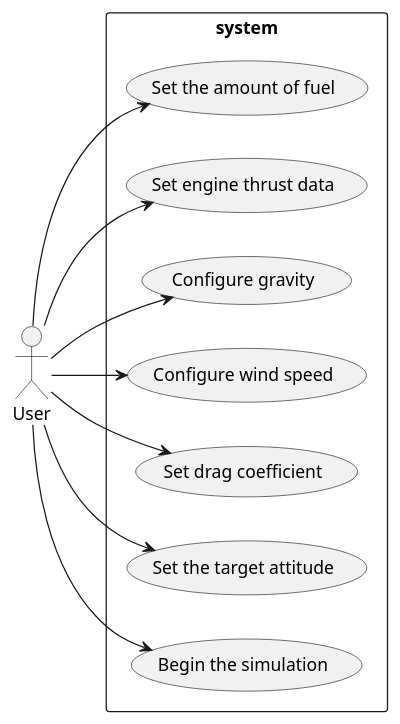
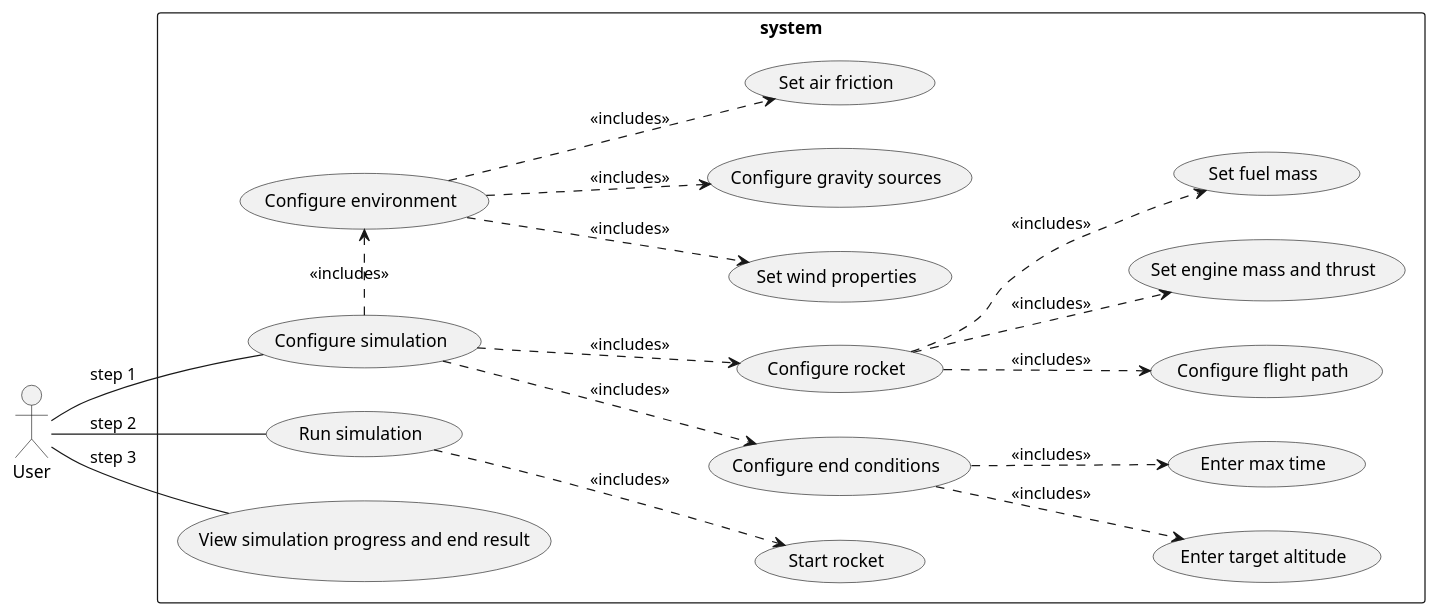
The diagram in docs/usecase.puml (szyminson/oop-project), drawn with PlantUML before and after one commit.

Commit message:
Better usecase diagram

```diff
--- a/docs/usecase.puml
+++ b/docs/usecase.puml
@@ -1,22 +1,43 @@
 @startuml
 
 left to right direction
 
 rectangle system {
-  (Set the amount of fuel) as (setFuel)
-  (Set engine thrust data) as (setThrust)
-  (Configure gravity) as (setGravity)
-  (Configure wind speed) as (setWind)
-  (Set drag coefficient) as (setDrag)
-  (Set the target attitude) as (setEndCondition)
-  (Begin the simulation) as (runSimulation)
+  (Configure simulation) as (config)
+    (Configure environment) as (configEnv)
+      (Set wind properties) as (configWind)
+      (Configure gravity sources) as (configGravity)
+      (Set air friction) as (configAirFriction)
+    (Configure rocket) as (configRocket)
+      (Set engine mass and thrust) as (configEngine)
+      (Set fuel mass) as (configFuel)
+      (Configure flight path) as (flightPath)
+    (Configure end conditions) as (configEnd)
+      (Enter target altitude) as (maxHeight)
+      (Enter max time) as (maxTime)
+  (Run simulation) as (runSimulation)
+    (Start rocket) as (startRocket)
+  (View simulation progress and end result) as (viewSimulation)
 }
 
-User --> (setFuel)
-User --> (setThrust)
-User --> (setGravity)
-User --> (setWind)
-User --> (setDrag)
-User --> (setEndCondition)
-User --> (runSimulation)
+config .> configEnv : <<includes>>
+config ..> configRocket : <<includes>>
+config ..> configEnd : <<includes>>
+
+configEnv ..> configWind : <<includes>>
+configEnv ..> configGravity : <<includes>>
+configEnv ..> configAirFriction : <<includes>>
+
+configRocket ..> configEngine : <<includes>>
+configRocket ..> configFuel : <<includes>>
+configRocket ..> flightPath : <<includes>>
+
+configEnd ..> maxHeight : <<includes>>
+configEnd ..> maxTime : <<includes>>
+
+runSimulation ..> startRocket : <<includes>>
+
+User -- (config) : step 1
+User -- (runSimulation) : step 2
+User -- (viewSimulation) : step 3
 @enduml
```
